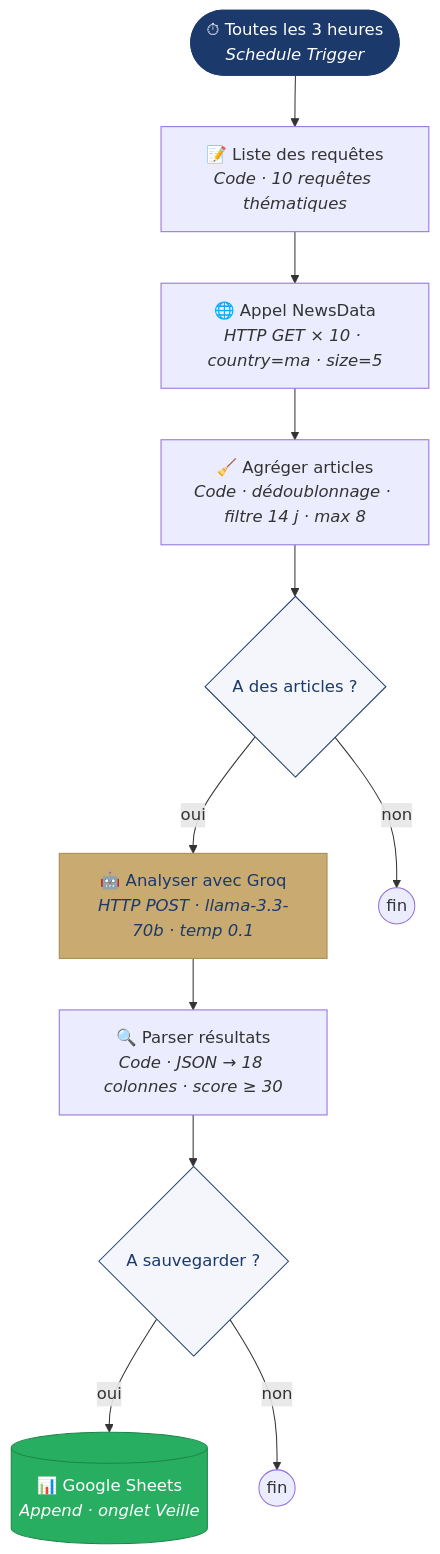
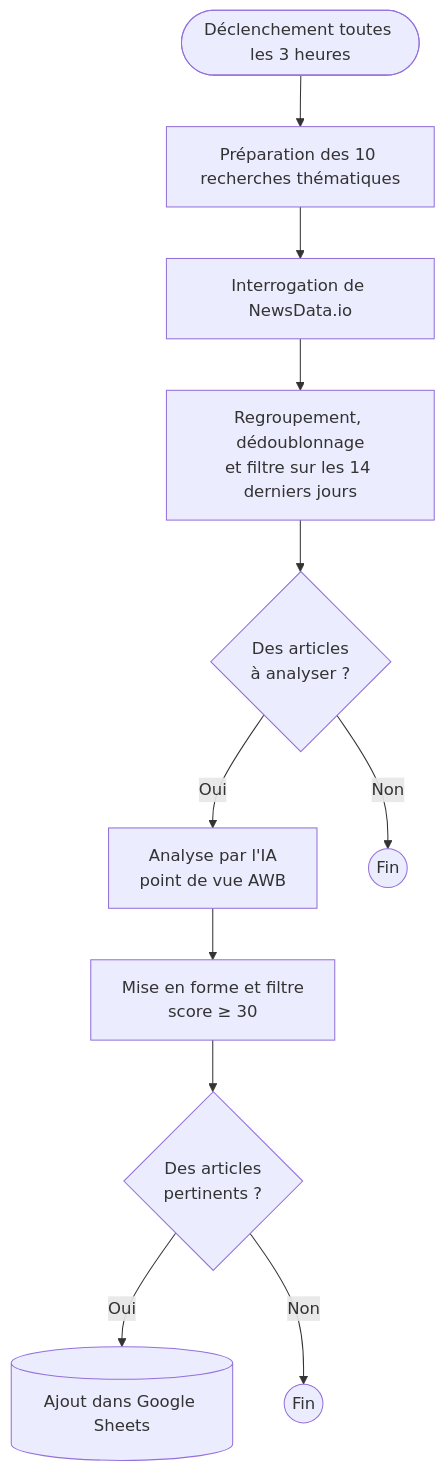
The second of 3 diagrams in README.md (soumailaniampa11/Payment-watch), drawn with Mermaid before and after one commit. The commit also changed other lines of this file, not shown here.

````diff
--- a/README.md
+++ b/README.md
@@ -67,29 +56,20 @@
 ```mermaid
 flowchart TD
-    T(["⏱ Toutes les 3 heures<br/><i>Schedule Trigger</i>"])
-    Q["📝 Liste des requêtes<br/><i>Code · 10 requêtes thématiques</i>"]
-    N["🌐 Appel NewsData<br/><i>HTTP GET × 10 · country=ma · size=5</i>"]
-    A["🧹 Agréger articles<br/><i>Code · dédoublonnage · filtre 14 j · max 8</i>"]
-    C1{"A des articles ?"}
-    G["🤖 Analyser avec Groq<br/><i>HTTP POST · llama-3.3-70b · temp 0.1</i>"]
-    P["🔍 Parser résultats<br/><i>Code · JSON → 18 colonnes · score ≥ 30</i>"]
-    C2{"A sauvegarder ?"}
-    S[("📊 Google Sheets<br/><i>Append · onglet Veille</i>")]
-    X1(("fin"))
-    X2(("fin"))
+    T(["Déclenchement toutes les 3 heures"])
+    Q["Préparation des 10 recherches thématiques"]
+    N["Interrogation de NewsData.io"]
+    A["Regroupement, dédoublonnage<br/>et filtre sur les 14 derniers jours"]
+    C1{"Des articles<br/>à analyser ?"}
+    G["Analyse par l'IA<br/>point de vue AWB"]
+    P["Mise en forme et filtre<br/>score ≥ 30"]
+    C2{"Des articles<br/>pertinents ?"}
+    S[("Ajout dans Google Sheets")]
+    F1(("Fin"))
+    F2(("Fin"))
 
     T --> Q --> N --> A --> C1
-    C1 -- oui --> G --> P --> C2
-    C1 -- non --> X1
-    C2 -- oui --> S
-    C2 -- non --> X2
-
-    classDef trigger fill:#1B3A6B,color:#fff,stroke:#1B3A6B
-    classDef ai fill:#C9AA71,color:#1B3A6B,stroke:#a88a52
-    classDef store fill:#27AE60,color:#fff,stroke:#1e8449
-    classDef cond fill:#F4F6FB,stroke:#1B3A6B,color:#1B3A6B
-    class T trigger
-    class G ai
-    class S store
-    class C1,C2 cond
+    C1 -- Oui --> G --> P --> C2
+    C1 -- Non --> F1
+    C2 -- Oui --> S
+    C2 -- Non --> F2
 ```
````
